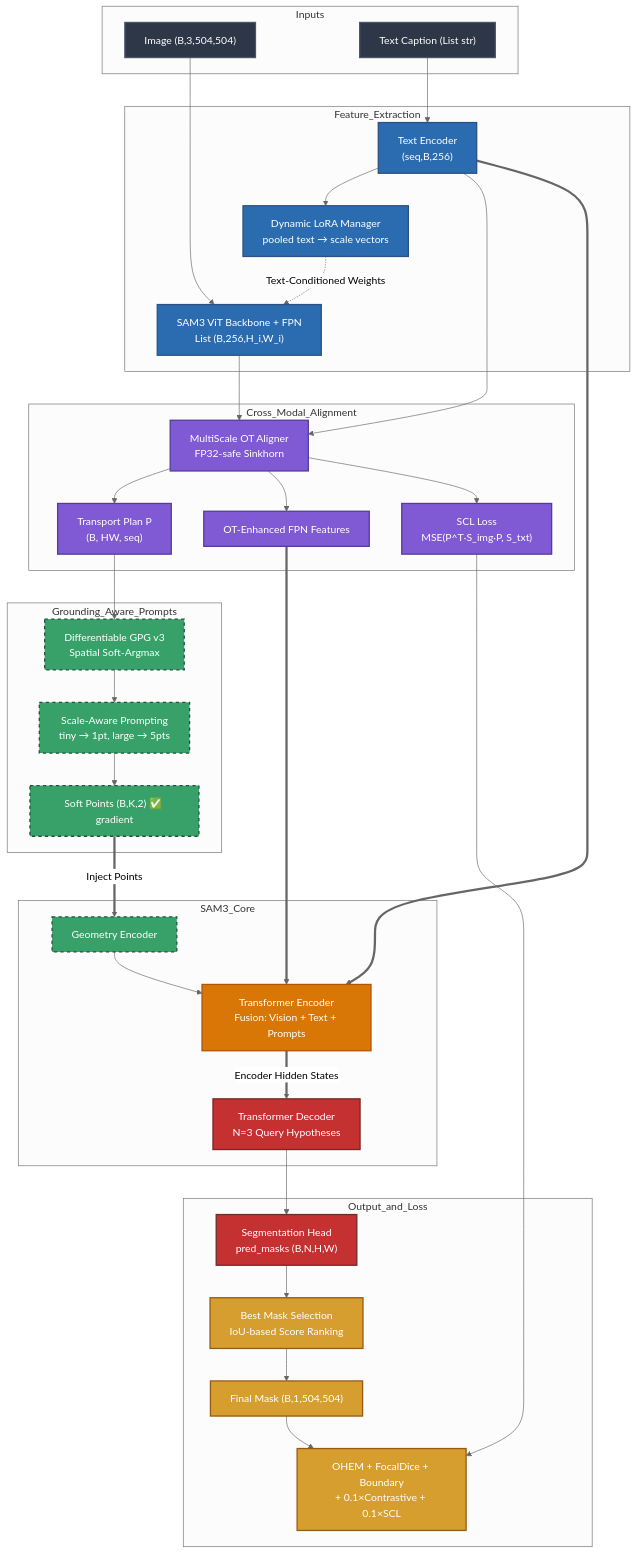
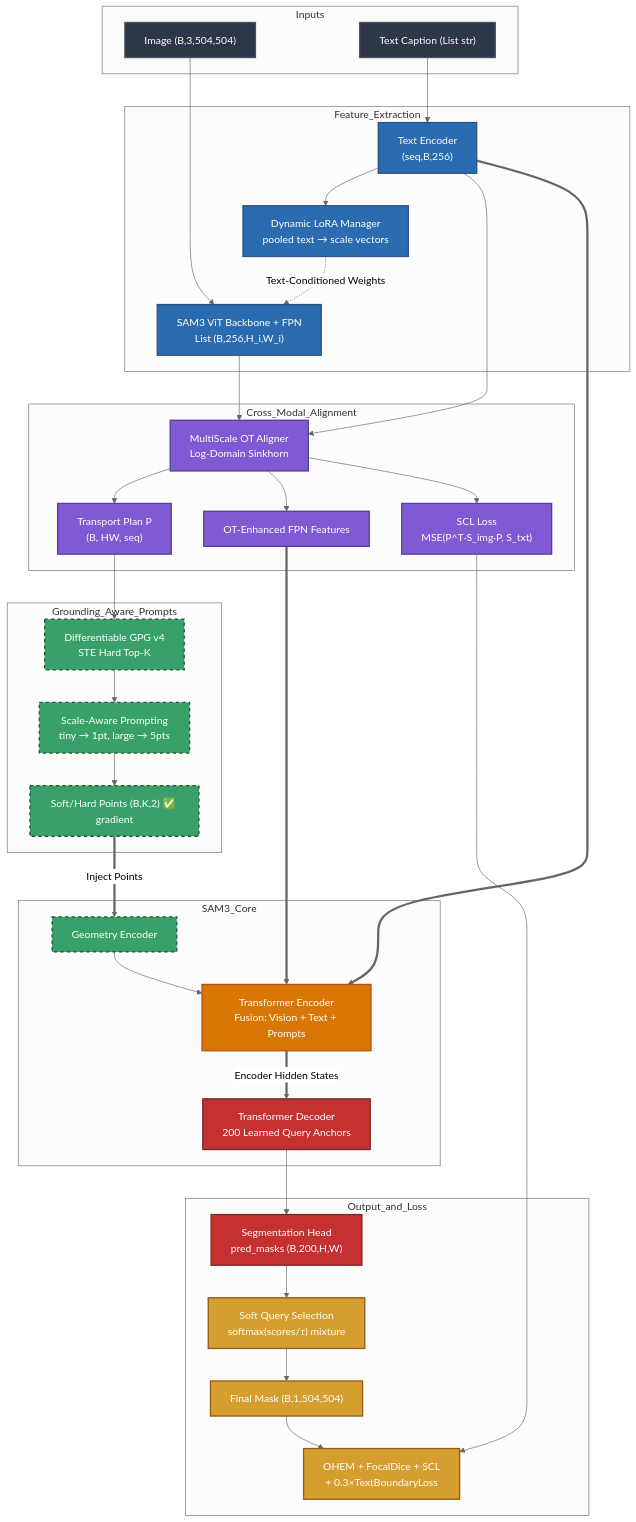
One commit to Abdul-Insighht/Enhanced_RRSIS_GPG changed the diagram in README.md. Above: the diagram before and after it, drawn with Mermaid (neutral theme). The commit also changed other lines of this file and 9 other files, not shown here.

Commit message:
v4: Stable Differentiable GPG + Soft DETR Query Selection + Text-Guided Boundary Loss

````diff
--- a/README.md
+++ b/README.md
@@ -18,76 +18,76 @@
 ```mermaid
 graph TD
     classDef input fill:#2d3748,stroke:#4a5568,stroke-width:2px,color:#fff
     classDef encoder fill:#2b6cb0,stroke:#2c5282,stroke-width:2px,color:#fff
     classDef alignment fill:#805ad5,stroke:#553c9a,stroke-width:2px,color:#fff
     classDef prompt fill:#38a169,stroke:#22543d,stroke-width:2px,color:#fff,stroke-dasharray: 5 5
     classDef fusion fill:#d97706,stroke:#b45309,stroke-width:2px,color:#fff
     classDef decoder fill:#c53030,stroke:#742a2a,stroke-width:2px,color:#fff
     classDef output fill:#d69e2e,stroke:#975a16,stroke-width:2px,color:#fff
 
     subgraph Inputs
         I["Image (B,3,504,504)"]:::input
         C["Text Caption (List str)"]:::input
     end
 
     subgraph Feature_Extraction
         VE["Text Encoder<br/>(seq,B,256)"]:::encoder
         LoRA["Dynamic LoRA Manager<br/>pooled text → scale vectors"]:::encoder
         ViT["SAM3 ViT Backbone + FPN<br/>List (B,256,H_i,W_i)"]:::encoder
     end
 
     subgraph Cross_Modal_Alignment
-        OT["MultiScale OT Aligner<br/>FP32-safe Sinkhorn"]:::alignment
+        OT["MultiScale OT Aligner<br/>Log-Domain Sinkhorn"]:::alignment
         OT_Map["Transport Plan P<br/>(B, HW, seq)"]:::alignment
         SCL["SCL Loss<br/>MSE(P^T·S_img·P, S_txt)"]:::alignment
         Enh_Vis["OT-Enhanced FPN Features"]:::alignment
     end
 
     subgraph Grounding_Aware_Prompts
-        GPG["Differentiable GPG v3<br/>Spatial Soft-Argmax"]:::prompt
+        GPG["Differentiable GPG v4<br/>STE Hard Top-K"]:::prompt
         SAP["Scale-Aware Prompting<br/>tiny → 1pt, large → 5pts"]:::prompt
-        Pts["Soft Points (B,K,2) ✅ gradient"]:::prompt
+        Pts["Soft/Hard Points (B,K,2) ✅ gradient"]:::prompt
     end
     
     subgraph SAM3_Core
         PE["Geometry Encoder"]:::prompt
         TransEnc["Transformer Encoder<br/>Fusion: Vision + Text + Prompts"]:::fusion
-        TransDec["Transformer Decoder<br/>N=3 Query Hypotheses"]:::decoder
+        TransDec["Transformer Decoder<br/>200 Learned Query Anchors"]:::decoder
     end
 
     subgraph Output_and_Loss
-        SegHead["Segmentation Head<br/>pred_masks (B,N,H,W)"]:::decoder
-        Select["Best Mask Selection<br/>IoU-based Score Ranking"]:::output
+        SegHead["Segmentation Head<br/>pred_masks (B,200,H,W)"]:::decoder
+        Select["Soft Query Selection<br/>softmax(scores/τ) mixture"]:::output
         Mask["Final Mask (B,1,504,504)"]:::output
-        Loss["OHEM + FocalDice + Boundary<br/>+ 0.1×Contrastive + 0.1×SCL"]:::output
+        Loss["OHEM + FocalDice + SCL<br/>+ 0.3×TextBoundaryLoss"]:::output
     end
 
     I --> ViT
     C --> VE
     
     VE --> LoRA
     LoRA -.->|"Text-Conditioned Weights"| ViT
     
     VE --> OT
     ViT --> OT
     OT --> OT_Map
     OT --> Enh_Vis
     OT --> SCL
     
     OT_Map --> GPG
     GPG --> SAP
     SAP --> Pts
     
     Pts ==>|"Inject Points"| PE
     PE --> TransEnc
     
     Enh_Vis ==> TransEnc
     VE ==> TransEnc
     
     TransEnc ==>|"Encoder Hidden States"| TransDec
     TransDec --> SegHead
     SegHead --> Select
     Select --> Mask
     Mask --> Loss
     SCL --> Loss
 ```
````
